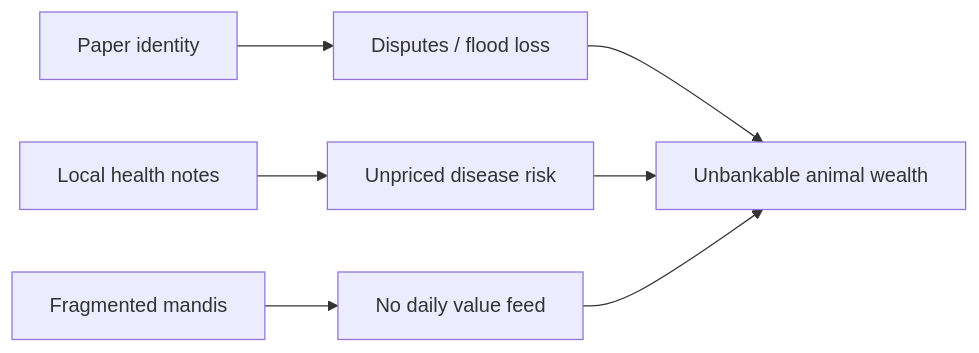
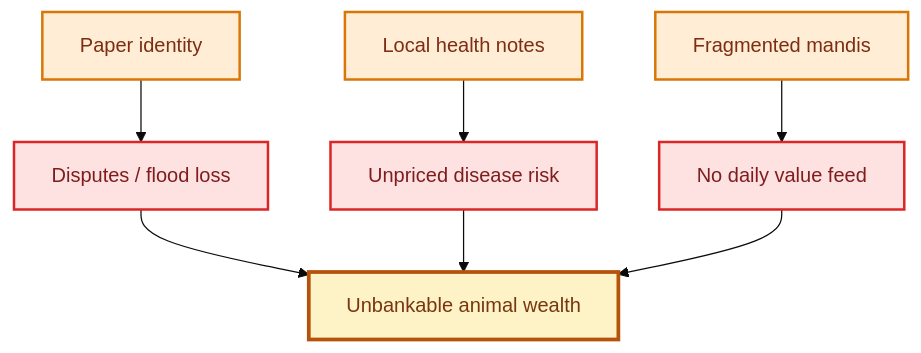
One commit to AmmarJamshed/livestock-smart-asset-stack-whitepaper changed the diagram in 02-the-problem.md. Above: the diagram before and after it, drawn with Mermaid. The commit also changed other lines of this file and 13 other files, not shown here.

Commit message:
style: colourful GitBook theme, hints, and diagram polish

````diff
--- a/02-the-problem.md
+++ b/02-the-problem.md
@@ -21,9 +31,16 @@
 ```mermaid
-flowchart LR
+%%{init: {'theme':'base', 'themeVariables': { 'fontFamily':'Inter, sans-serif' }}}%%
+flowchart TB
   P1[Paper identity] --> X1[Disputes / flood loss]
   P2[Local health notes] --> X2[Unpriced disease risk]
   P3[Fragmented mandis] --> X3[No daily value feed]
   X1 --> U[Unbankable animal wealth]
   X2 --> U
   X3 --> U
+  classDef bad fill:#FEE2E2,stroke:#DC2626,color:#7F1D1D,stroke-width:2px
+  classDef mid fill:#FFEDD5,stroke:#D97706,color:#7C2D12,stroke-width:2px
+  classDef sink fill:#FEF3C7,stroke:#B45309,color:#78350F,stroke-width:3px
+  class P1,P2,P3 mid
+  class X1,X2,X3 bad
+  class U sink
 ```
````
